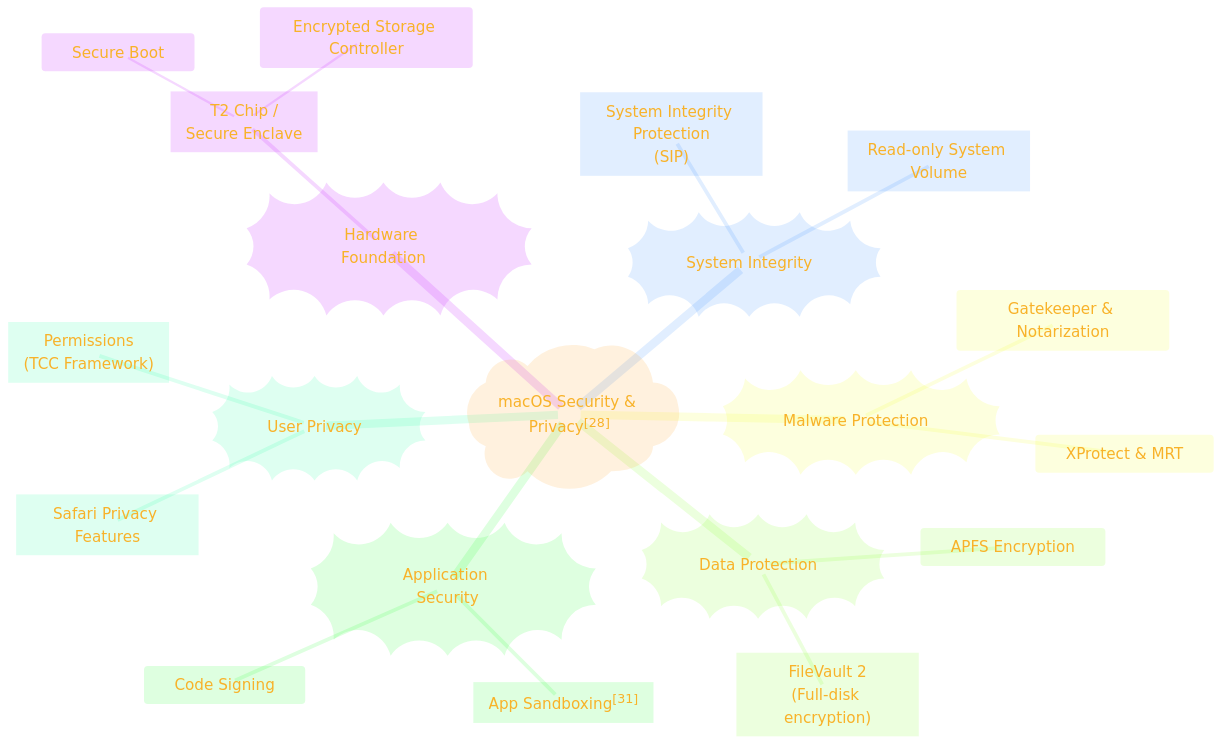
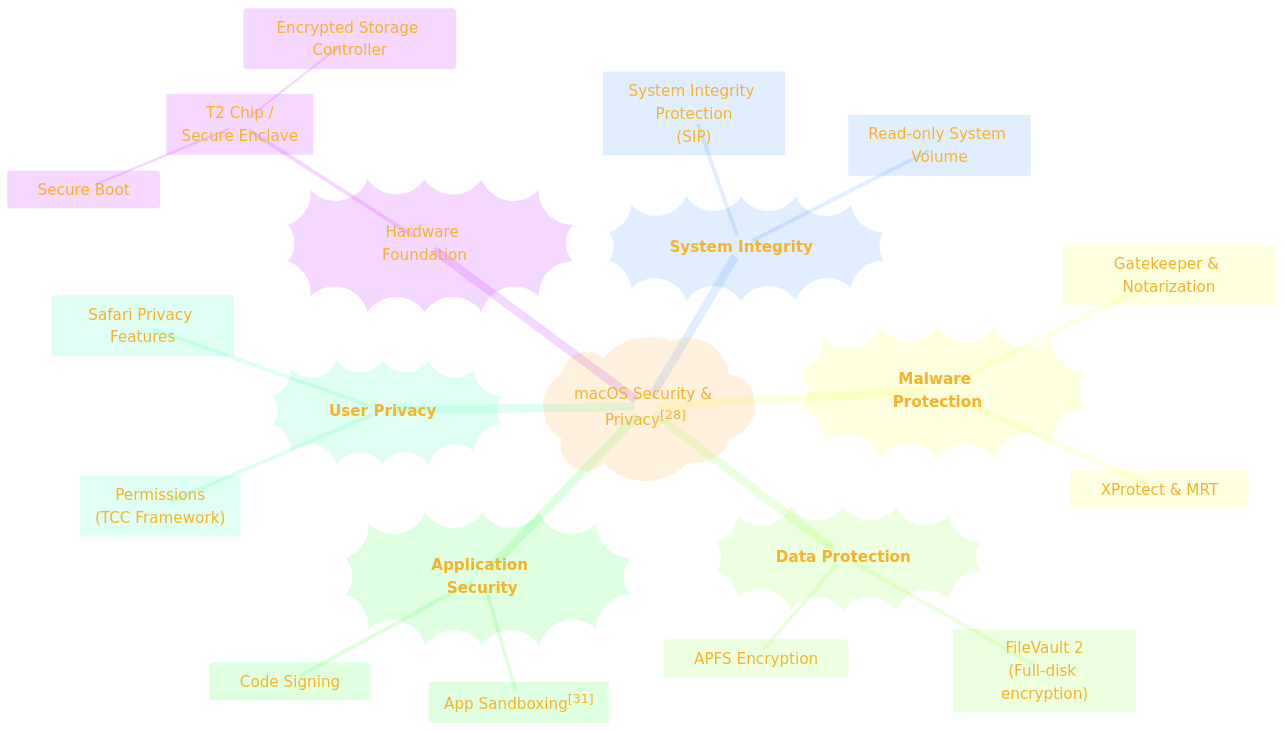
Before and after one commit to CongLeSolutionX/Digital-Bedrock-Landscape: the sixth of 9 diagrams in APPLE_FAMILY/macOS.md, drawn with Mermaid.

````diff
--- a/APPLE_FAMILY/macOS.md
+++ b/APPLE_FAMILY/macOS.md
@@ -419,55 +419,55 @@
 ```mermaid
 ---
 title: "Security and Privacy in macOS"
 author: "Cong Le"
 version: "1.0"
 license(s): "MIT, CC BY 4.0"
 copyright: "Copyright (c) 2025 Cong Le. All Rights Reserved."
 config:
   theme: base
 ---
 %%%%%%%% Mermaid version v11.4.1-b.14
 %%{
   init: {
     'fontFamily': 'Andale Mono, monospace',
     "logLevel": "fatal",
     'mindmap': {
 	    'nodeAlign': 'center',
 	    'padding': 20
     },
     'flowchart': {
 	    'htmlLabels': true
     },
     'themeVariables': {
       'primaryColor': '#FC82',
       'primaryTextColor': '#F8B229',
       'primaryBorderColor': '#27AE60',
       'secondaryColor': '#EBF3',
       'secondaryTextColor': '#6C3483',
       'secondaryBorderColor': '#A569BD',
       'fontSize': '20px'
     }
   }
 }%%
 mindmap
   root)"macOS Security & Privacy<sup>[28]</sup>"(
     Hardware_Foundation))"Hardware Foundation"((
       T2_Chip_Secure_Enclave["T2 Chip /<br/> Secure Enclave"]
         Secure Boot
         Encrypted Storage Controller
-    System_Integrity))"System Integrity"((
+    System_Integrity))"**System Integrity**"((
       SIP["System Integrity Protection<br/>(SIP)"]
       Read_only_System_Volume["Read-only System Volume"]
-    Malware_Protection))"Malware Protection"((
+    Malware_Protection))"**Malware Protection**"((
       Gatekeeper & Notarization
       XProtect & MRT
-    Data_Protection))"Data Protection"((
+    Data_Protection))"**Data Protection**"((
       FileVault_2["FileVault 2<br/>(Full-disk encryption)"]
       APFS Encryption
-    Application_Security))"Application Security"((
+    Application_Security))"**Application Security**"((
       App_Sandboxing["App Sandboxing<sup>[31]</sup>"]
       Code Signing
-    User_Privacy))"User Privacy"((
+    User_Privacy))"**User Privacy**"((
       Permissions["Permissions<br/>(TCC Framework)"]
       Safari_Privacy_Features["Safari Privacy Features"]
 ```
````
